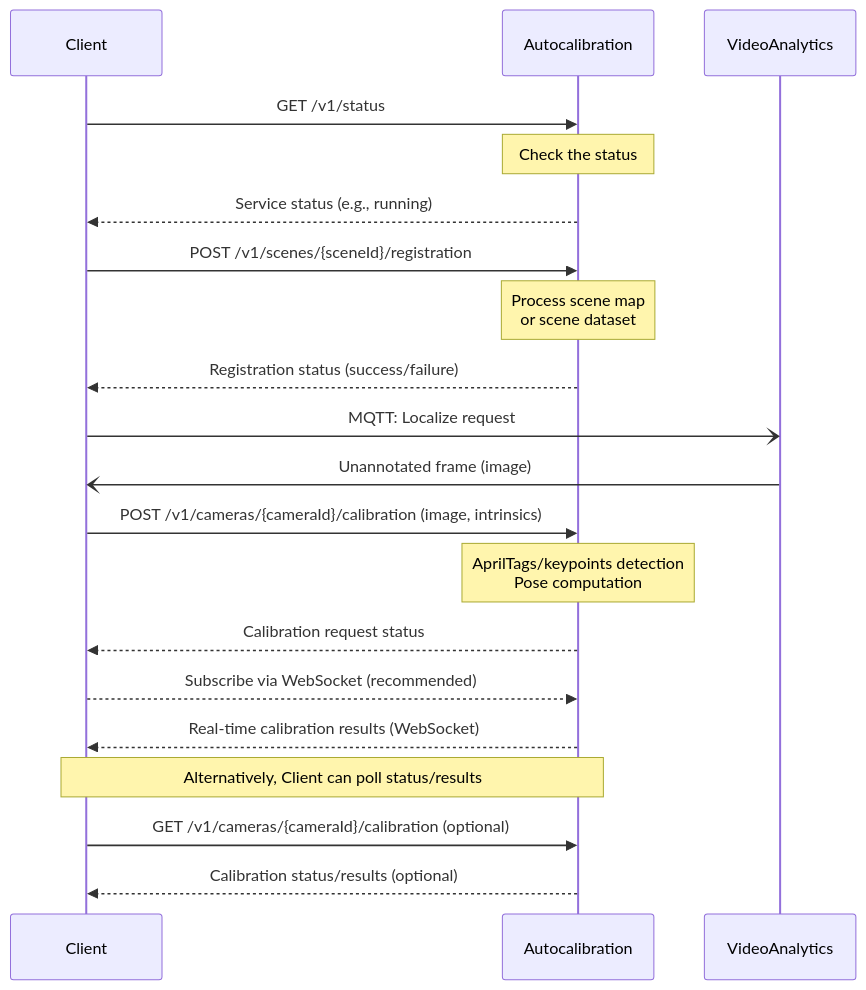
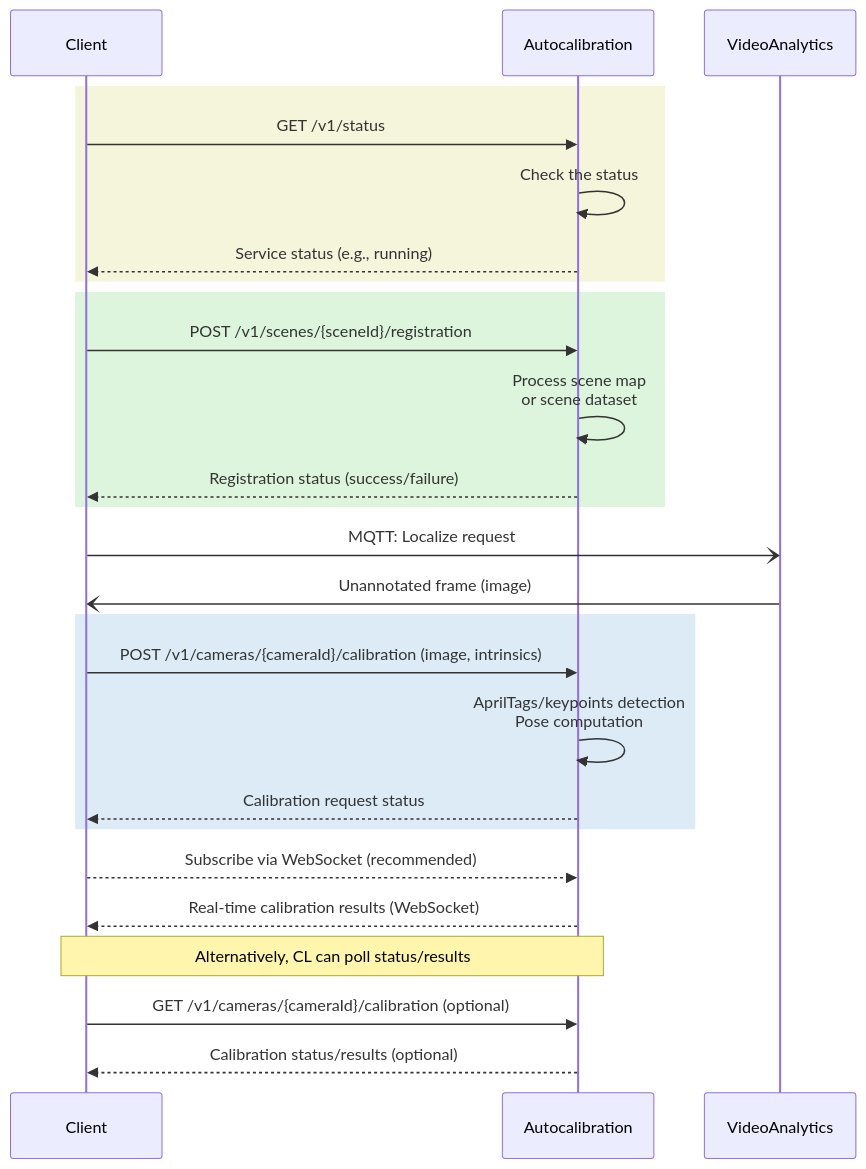
One commit to open-edge-platform/scenescape changed the diagram in autocalibration/docs/user-guide/overview.md. Above: the diagram before and after it, drawn with Mermaid.

Commit message:
Update diagram

````diff
--- a/autocalibration/docs/user-guide/overview.md
+++ b/autocalibration/docs/user-guide/overview.md
@@ -59,26 +57,36 @@
 ```mermaid
 sequenceDiagram
-   participant Client
-   participant Autocalibration
-   participant VideoAnalytics
+   participant CL as Client
+   participant AC as Autocalibration
+   participant VA as VideoAnalytics
 
-   %% Scene Registration
-   Client->>Autocalibration: GET /v1/status
-   Note over Autocalibration: Check the status
-   Autocalibration-->>Client: Service status (e.g., running)
-   Client->>Autocalibration: POST /v1/scenes/{sceneId}/registration
-   Note over Autocalibration: Process scene map<br/>or scene dataset
-   Autocalibration-->>Client: Registration status (success/failure)
+   %% Status Process
+   rect rgb(245,245,220)
+      CL->>AC: GET /v1/status
+      AC->>AC: Check the status
+      AC-->>CL: Service status (e.g., running)
+   end
 
-   %% Localization
-   Client-)VideoAnalytics: MQTT: Localize request
-   VideoAnalytics-)Client: Unannotated frame (image)
-   Client->>Autocalibration: POST /v1/cameras/{cameraId}/calibration (image, intrinsics)
-   Note over Autocalibration: AprilTags/keypoints detection<br/>Pose computation
-   Autocalibration-->>Client: Calibration request status
-   Client-->>Autocalibration: Subscribe via WebSocket (recommended)
-   Autocalibration-->>Client: Real-time calibration results (WebSocket)
-   Note over Client,Autocalibration: Alternatively, Client can poll status/results
-   Client->>Autocalibration: GET /v1/cameras/{cameraId}/calibration (optional)
-   Autocalibration-->>Client: Calibration status/results (optional)
+   %% Registration Process
+   rect rgb(220,245,220)
+      CL->>AC: POST /v1/scenes/{sceneId}/registration
+      AC->>AC: Process scene map<br/>or scene dataset
+      AC-->>CL: Registration status (success/failure)
+   end
+
+   CL-)VA: MQTT: Localize request
+   VA-)CL: Unannotated frame (image)
+
+   %% Localization Process
+   rect rgb(220,235,245)
+      CL->>AC: POST /v1/cameras/{cameraId}/calibration (image, intrinsics)
+      AC->>AC: AprilTags/keypoints detection<br/>Pose computation
+      AC-->>CL: Calibration request status
+   end
+
+   CL-->>AC: Subscribe via WebSocket (recommended)
+   AC-->>CL: Real-time calibration results (WebSocket)
+   Note over CL,AC: Alternatively, CL can poll status/results
+   CL->>AC: GET /v1/cameras/{cameraId}/calibration (optional)
+   AC-->>CL: Calibration status/results (optional)
 ```
````
